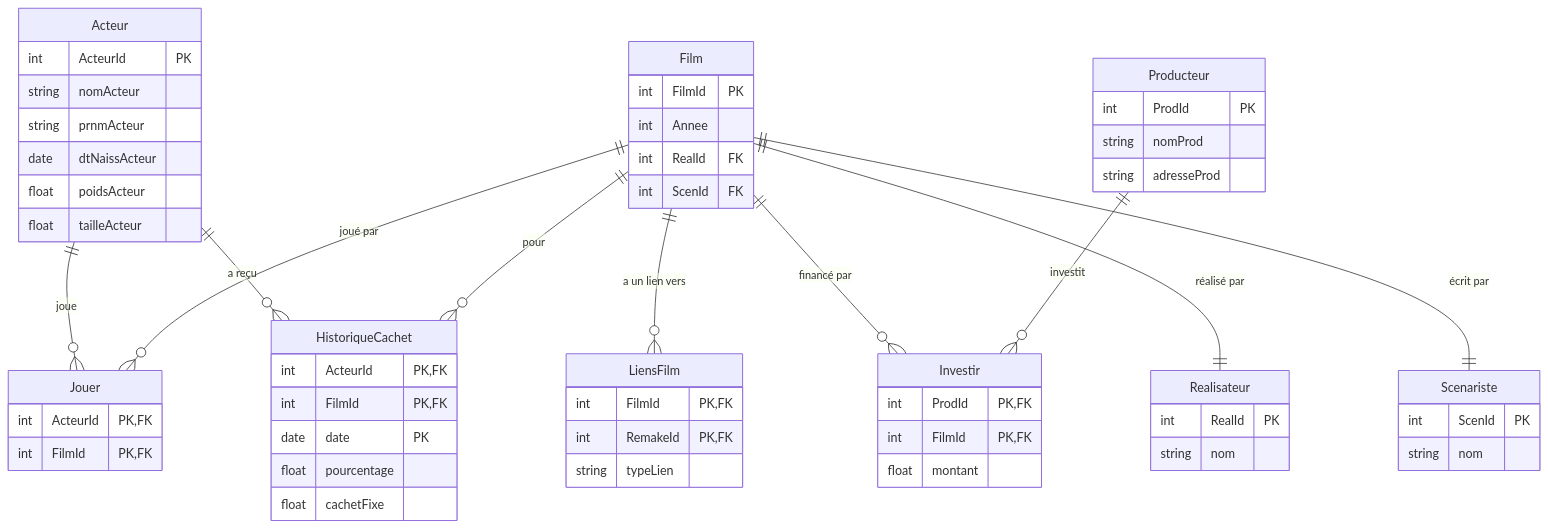
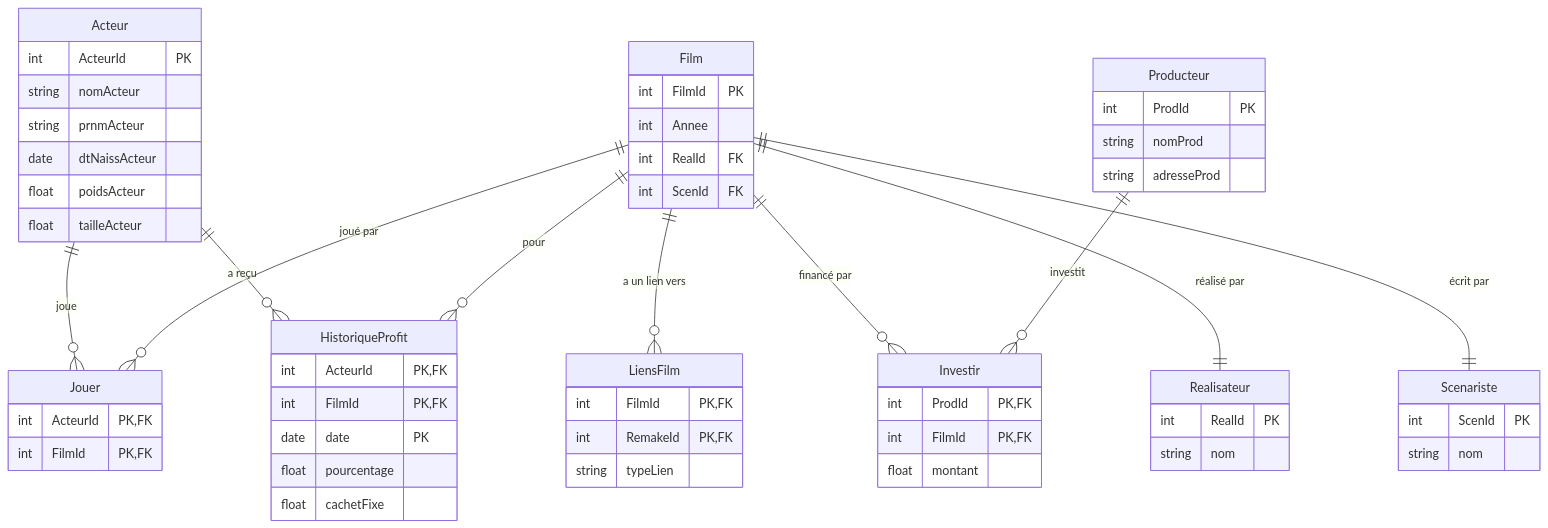
One commit to SwirX/IA103 changed the diagram in c12/TD/4/answers/answers.md. Above: the diagram before and after it, drawn with Mermaid. The commit also changed 5 other files, not shown here.

````diff
--- a/c12/TD/4/answers/answers.md
+++ b/c12/TD/4/answers/answers.md
@@ -47,61 +47,61 @@
 ```mermaid
 erDiagram
  Acteur {
  int ActeurId PK
  string nomActeur
  string prnmActeur
  date dtNaissActeur
  float poidsActeur
  float tailleActeur
  }
  Film {
  int FilmId PK
  int Annee
  int RealId FK
  int ScenId FK
  }
  Realisateur {
  int RealId PK
  string nom
  }
  Scenariste {
  int ScenId PK
  string nom
  }
  Producteur {
  int ProdId PK
  string nomProd
  string adresseProd
  }
  Jouer {
  int ActeurId PK, FK
  int FilmId PK, FK
  }
- HistoriqueCachet {
+ HistoriqueProfit {
  int ActeurId PK, FK
  int FilmId PK, FK
  date date PK
  float pourcentage
  float cachetFixe
  }
  LiensFilm {
  int FilmId PK, FK
  int RemakeId PK, FK
  string typeLien
  }
  Investir {
  int ProdId PK, FK
  int FilmId PK, FK
  float montant
  }
 
  Acteur ||--o{ Jouer : "joue"
  Film ||--o{ Jouer : "joué par"
- Acteur ||--o{ HistoriqueCachet : "a reçu"
- Film ||--o{ HistoriqueCachet : "pour"
+ Acteur ||--o{ HistoriqueProfit : "a reçu"
+ Film ||--o{ HistoriqueProfit : "pour"
  Film ||--o{ LiensFilm : "a un lien vers"
  Film ||--o{ Investir : "financé par"
  Producteur ||--o{ Investir : "investit"
  Film ||--|| Realisateur : "réalisé par"
  Film ||--|| Scenariste : "écrit par"
 ```
````
